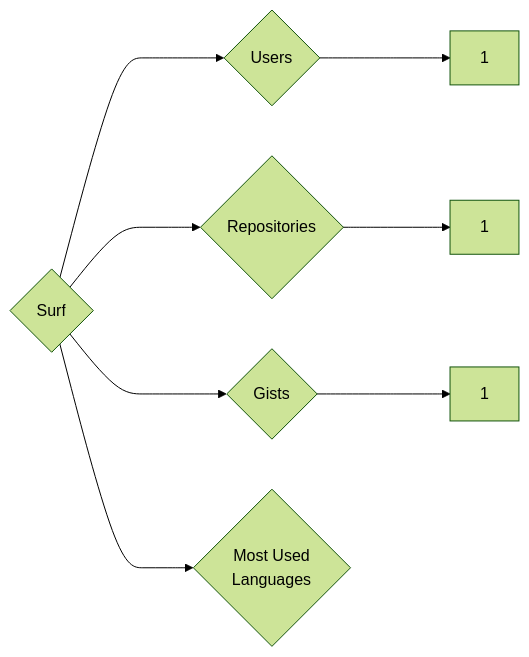
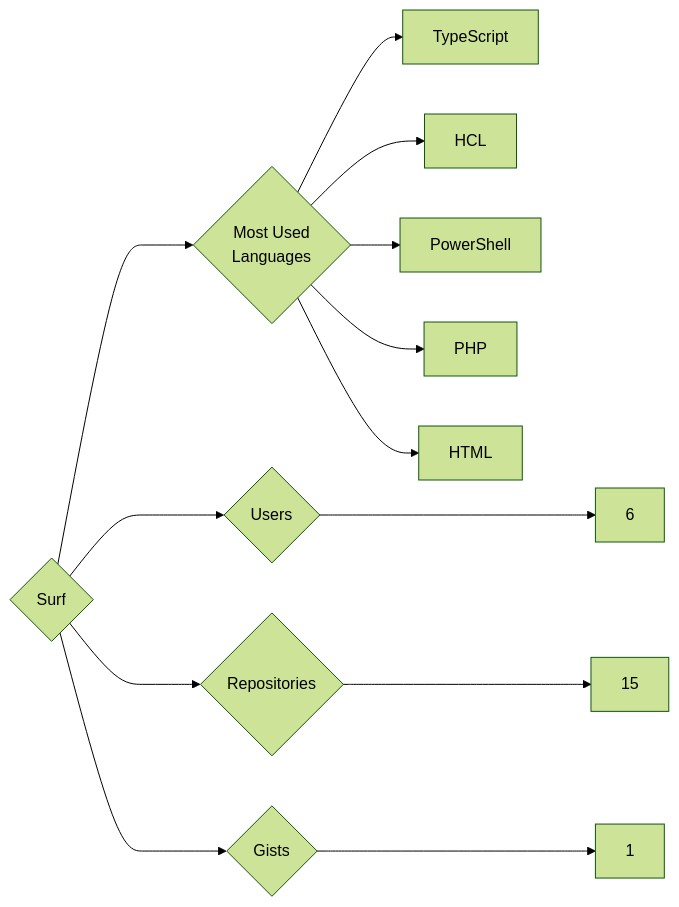
One commit to trickest/insiders changed the diagram in targets/Surf/README.md. Above: the diagram before and after it, drawn with Mermaid (forest theme). The commit also changed 1248 other files, not shown here.

````diff
--- a/targets/Surf/README.md
+++ b/targets/Surf/README.md
@@ -3,8 +3,13 @@
 ```mermaid
 graph LR
 COMPANY_NAME{Surf}
-COMPANY_NAME ---> U{Users} ---> UN[1]
-COMPANY_NAME ---> R{Repositories} ---> RN[1]
+COMPANY_NAME ---> U{Users} ---> UN[6]
+COMPANY_NAME ---> R{Repositories} ---> RN[15]
 COMPANY_NAME ---> G{Gists} ---> GN[1]
 COMPANY_NAME ---> ML{Most Used<br>Languages}
+ML --> TypeScript[TypeScript]
+ML --> HCL[HCL]
+ML --> PowerShell[PowerShell]
+ML --> PHP[PHP]
+ML --> HTML[HTML]
 ```
````
